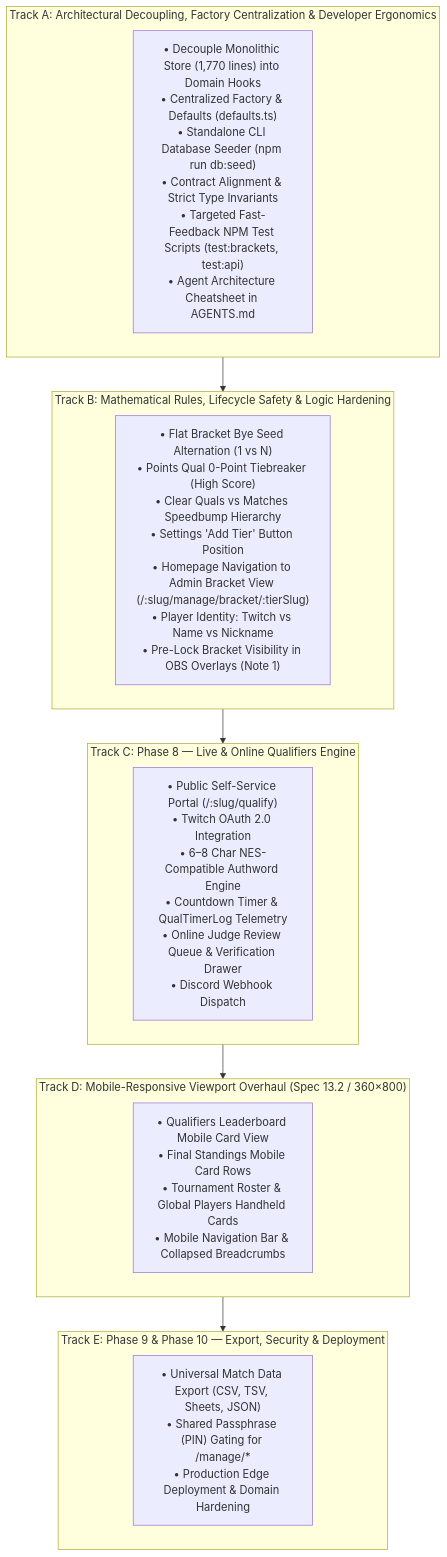
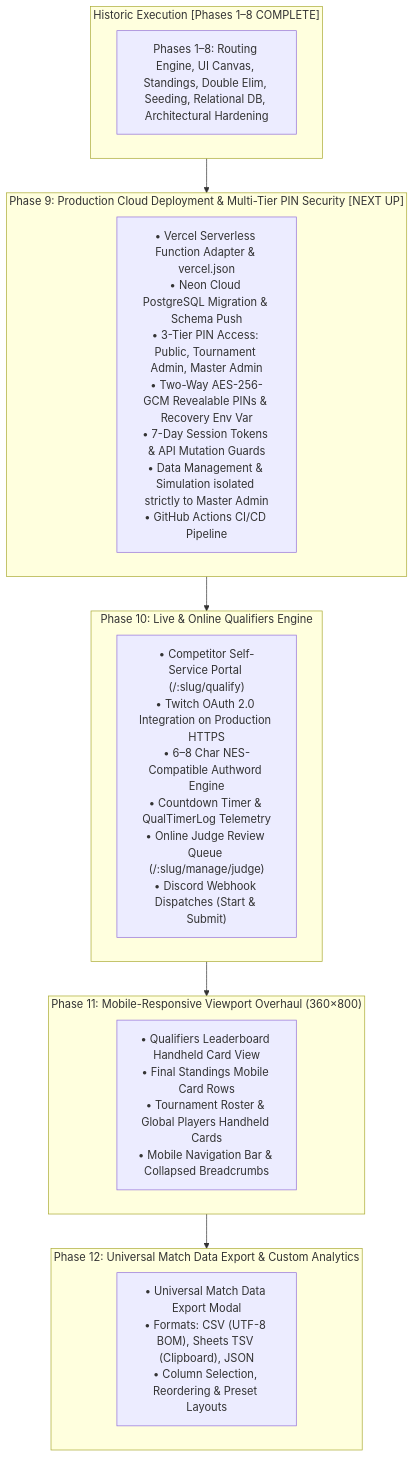
The diagram in docs/implementation_plan.md (jgrondski/tournament-manager), drawn with Mermaid before and after one commit. The commit also changed other lines of this file and 1 other file, not shown here.

Commit message:
docs: update implementation plan roadmap and add multi-tier PIN security invariants to agents guide

````diff
--- a/docs/implementation_plan.md
+++ b/docs/implementation_plan.md
@@ -106,24 +126,24 @@
 ```mermaid
 flowchart TD
-    subgraph TrackA["Track A: Architectural Decoupling, Factory Centralization & Developer Ergonomics"]
-        A1["• Decouple Monolithic Store (1,770 lines) into Domain Hooks<br>• Centralized Factory & Defaults (defaults.ts)<br>• Standalone CLI Database Seeder (npm run db:seed)<br>• Contract Alignment & Strict Type Invariants<br>• Targeted Fast-Feedback NPM Test Scripts (test:brackets, test:api)<br>• Agent Architecture Cheatsheet in AGENTS.md"]
+    subgraph Historic["Historic Execution [Phases 1–8 COMPLETE]"]
+        H1["Phases 1–8: Routing Engine, UI Canvas, Standings, Double Elim, Seeding, Relational DB, Architectural Hardening"]
     end
 
-    subgraph TrackB["Track B: Mathematical Rules, Lifecycle Safety & Logic Hardening"]
-        B1["• Flat Bracket Bye Seed Alternation (1 vs N)<br>• Points Qual 0-Point Tiebreaker (High Score)<br>• Clear Quals vs Matches Speedbump Hierarchy<br>• Settings 'Add Tier' Button Position<br>• Homepage Navigation to Admin Bracket View (/:slug/manage/bracket/:tierSlug)<br>• Player Identity: Twitch vs Name vs Nickname<br>• Pre-Lock Bracket Visibility in OBS Overlays (Note 1)"]
+    subgraph Phase9["Phase 9: Production Cloud Deployment & Multi-Tier PIN Security [NEXT UP]"]
+        P9["• Vercel Serverless Function Adapter & vercel.json<br>• Neon Cloud PostgreSQL Migration & Schema Push<br>• 3-Tier PIN Access: Public, Tournament Admin, Master Admin<br>• Two-Way AES-256-GCM Revealable PINs & Recovery Env Var<br>• 7-Day Session Tokens & API Mutation Guards<br>• Data Management & Simulation isolated strictly to Master Admin<br>• GitHub Actions CI/CD Pipeline"]
     end
 
-    subgraph TrackC["Track C: Phase 8 — Live & Online Qualifiers Engine"]
-        C1["• Public Self-Service Portal (/:slug/qualify)<br>• Twitch OAuth 2.0 Integration<br>• 6–8 Char NES-Compatible Authword Engine<br>• Countdown Timer & QualTimerLog Telemetry<br>• Online Judge Review Queue & Verification Drawer<br>• Discord Webhook Dispatch"]
+    subgraph Phase10["Phase 10: Live & Online Qualifiers Engine"]
+        P10["• Competitor Self-Service Portal (/:slug/qualify)<br>• Twitch OAuth 2.0 Integration on Production HTTPS<br>• 6–8 Char NES-Compatible Authword Engine<br>• Countdown Timer & QualTimerLog Telemetry<br>• Online Judge Review Queue (/:slug/manage/judge)<br>• Discord Webhook Dispatches (Start & Submit)"]
     end
 
-    subgraph TrackD["Track D: Mobile-Responsive Viewport Overhaul (Spec 13.2 / 360×800)"]
-        D1["• Qualifiers Leaderboard Mobile Card View<br>• Final Standings Mobile Card Rows<br>• Tournament Roster & Global Players Handheld Cards<br>• Mobile Navigation Bar & Collapsed Breadcrumbs"]
+    subgraph Phase11["Phase 11: Mobile-Responsive Viewport Overhaul (360×800)"]
+        P11["• Qualifiers Leaderboard Handheld Card View<br>• Final Standings Mobile Card Rows<br>• Tournament Roster & Global Players Handheld Cards<br>• Mobile Navigation Bar & Collapsed Breadcrumbs"]
     end
 
-    subgraph TrackE["Track E: Phase 9 & Phase 10 — Export, Security & Deployment"]
-        E1["• Universal Match Data Export (CSV, TSV, Sheets, JSON)<br>• Shared Passphrase (PIN) Gating for /manage/*<br>• Production Edge Deployment & Domain Hardening"]
+    subgraph Phase12["Phase 12: Universal Match Data Export & Custom Analytics"]
+        P12["• Universal Match Data Export Modal<br>• Formats: CSV (UTF-8 BOM), Sheets TSV (Clipboard), JSON<br>• Column Selection, Reordering & Preset Layouts"]
     end
 
-    TrackA --> TrackB --> TrackC --> TrackD --> TrackE
+    Historic --> Phase9 --> Phase10 --> Phase11 --> Phase12
 ```
````
